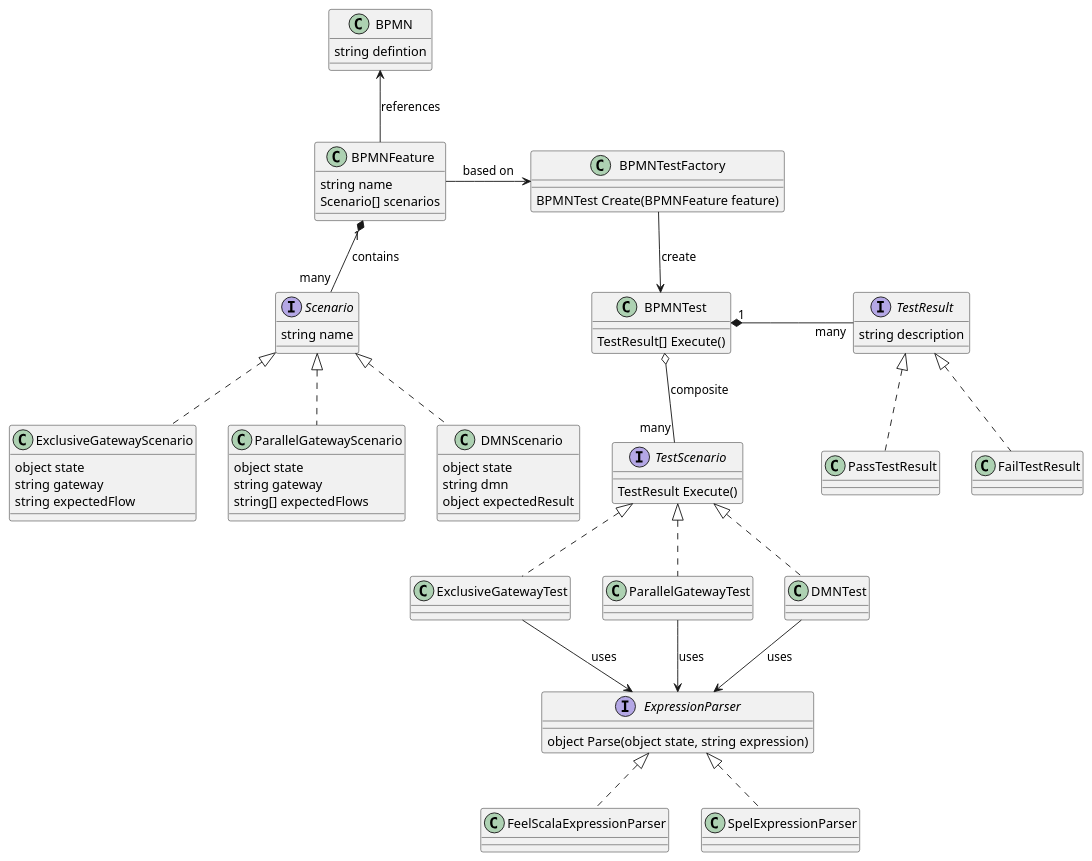
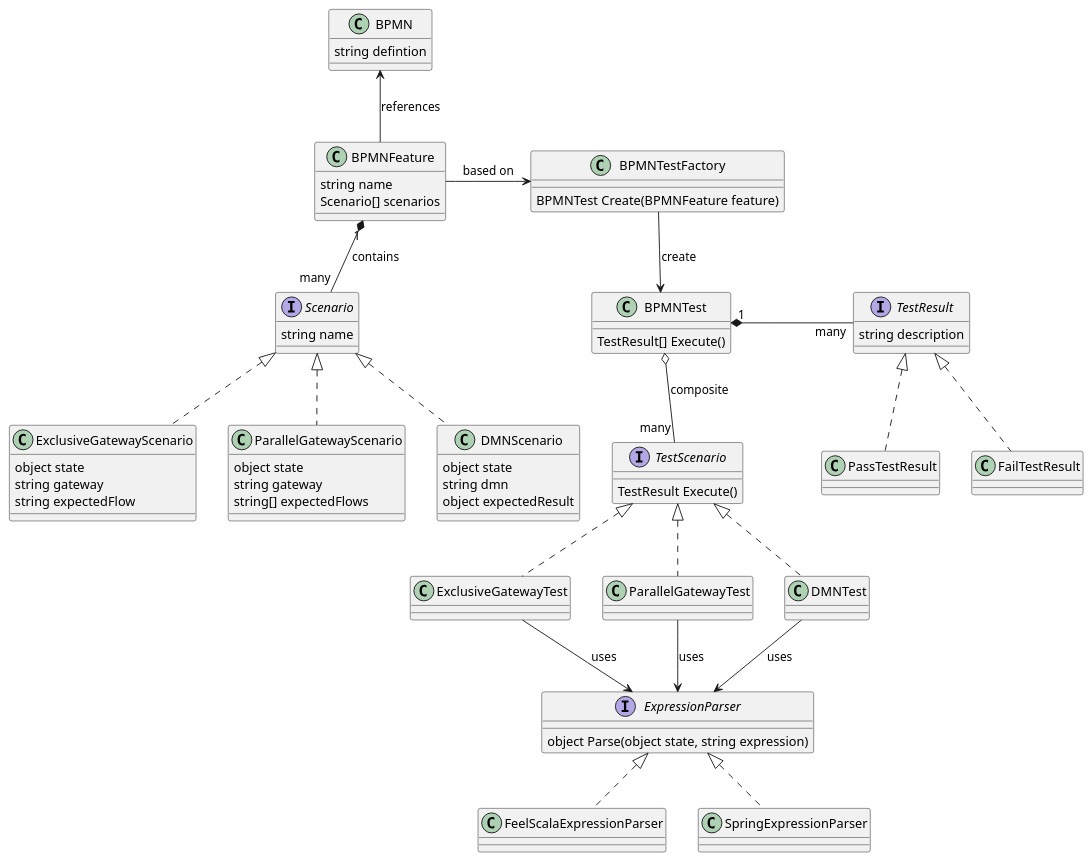
The diagram in class.diagram.puml (biz-dev-ops/bpmn-tester), drawn with PlantUML before and after one commit. The commit also changed 1 other file, not shown here.

Commit message:
changed parser names

```diff
--- a/class.diagram.puml
+++ b/class.diagram.puml
@@ -1,84 +1,84 @@
 @startuml
 
 class BPMN {
   string defintion
 }
 
 class BPMNFeature {
   string name
   Scenario[] scenarios
 }
 
 interface Scenario {
   string name
 }
 
 class ExclusiveGatewayScenario {
   object state
   string gateway
   string expectedFlow
 }
 
 class ParallelGatewayScenario {
   object state
   string gateway
   string[] expectedFlows
 }
 
 class DMNScenario {  
   object state
   string dmn
   object expectedResult
 }
 
 class BPMNTestFactory
 {
   BPMNTest Create(BPMNFeature feature)
 }
 
 class BPMNTest
 {
   TestResult[] Execute()
 }
 
 interface TestResult
 {
   string description  
 }
 
 interface TestScenario {
   TestResult Execute()
 }
 
 interface ExpressionParser {
     object Parse(object state, string expression)
 }
 
 
 BPMN <-- BPMNFeature : references
 BPMNFeature "1" *-- "many" Scenario : contains
 
 Scenario <|.. ExclusiveGatewayScenario
 Scenario <|.. ParallelGatewayScenario
 Scenario <|.. DMNScenario
 
 BPMNFeature -> BPMNTestFactory : based on
 BPMNTestFactory --> BPMNTest : create
 BPMNTest "1" *- "many" TestResult : "                             "
 TestResult <|.. PassTestResult
 TestResult <|.. FailTestResult
 
 BPMNTest o-- "many" TestScenario : composite
 
 TestScenario <|.. ExclusiveGatewayTest
 TestScenario <|.. ParallelGatewayTest
 TestScenario <|.. DMNTest
 
 ExclusiveGatewayTest --> ExpressionParser : uses
 ParallelGatewayTest --> ExpressionParser : uses
 DMNTest --> ExpressionParser : uses
 
 ExpressionParser <|.. FeelScalaExpressionParser
-ExpressionParser <|.. SpelExpressionParser
+ExpressionParser <|.. SpringExpressionParser
 
 @enduml
```
